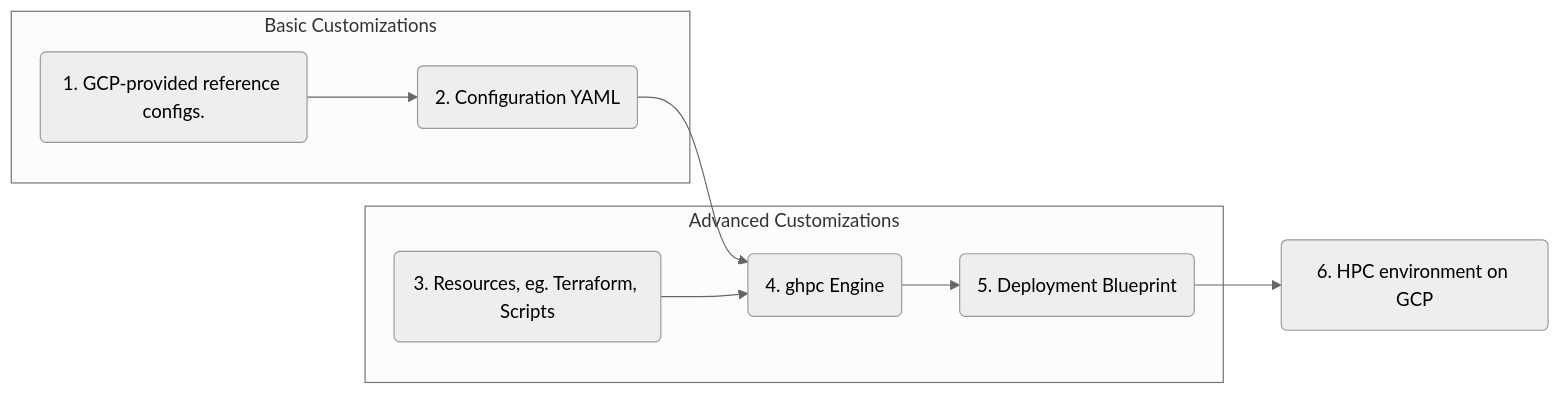
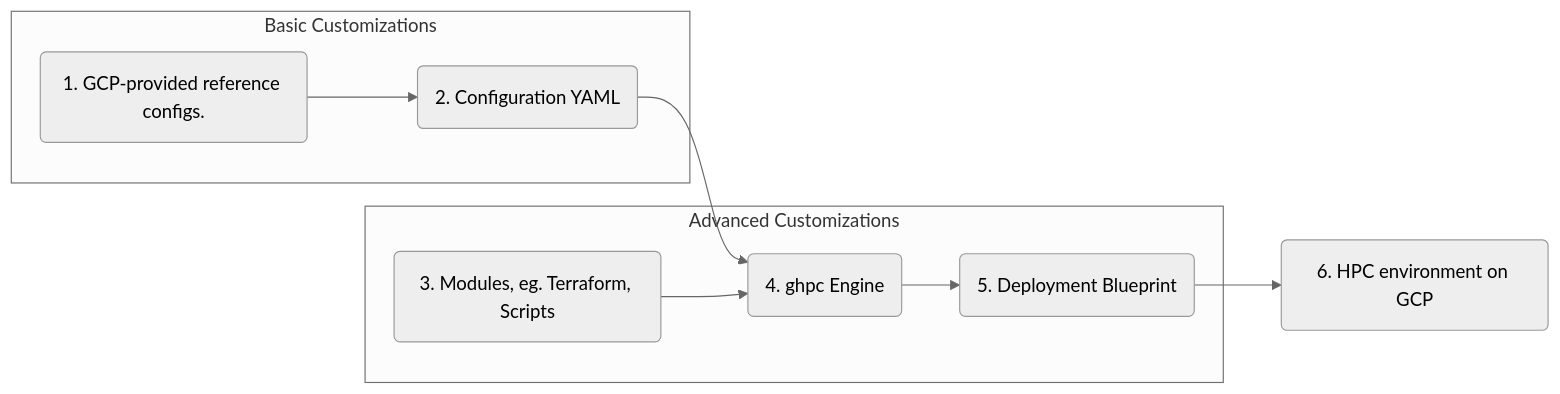
The diagram in README.md (GoogleCloudPlatform/cluster-toolkit), drawn with Mermaid (neutral theme) before and after one commit. The commit also changed other lines of this file and 206 other files, not shown here.

````diff
--- a/README.md
+++ b/README.md
@@ -152,12 +152,12 @@
 ```mermaid
 graph LR
     subgraph Basic Customizations
     A(1. GCP-provided reference configs.) --> B(2. Configuration YAML)
     end
     B --> D
     subgraph Advanced Customizations
-    C(3. Resources, eg. Terraform, Scripts) --> D(4. ghpc Engine)
+    C(3. Modules, eg. Terraform, Scripts) --> D(4. ghpc Engine)
     D --> E(5. Deployment Blueprint)
     end
     E --> F(6. HPC environment on GCP)
 ```
````
